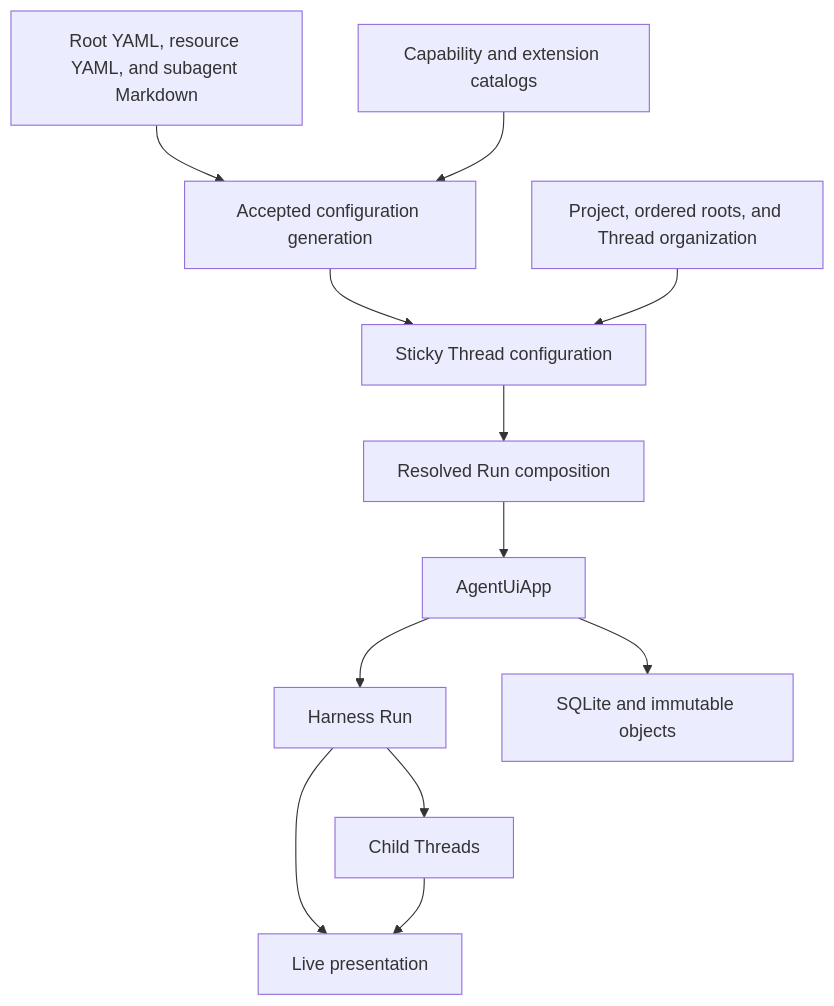
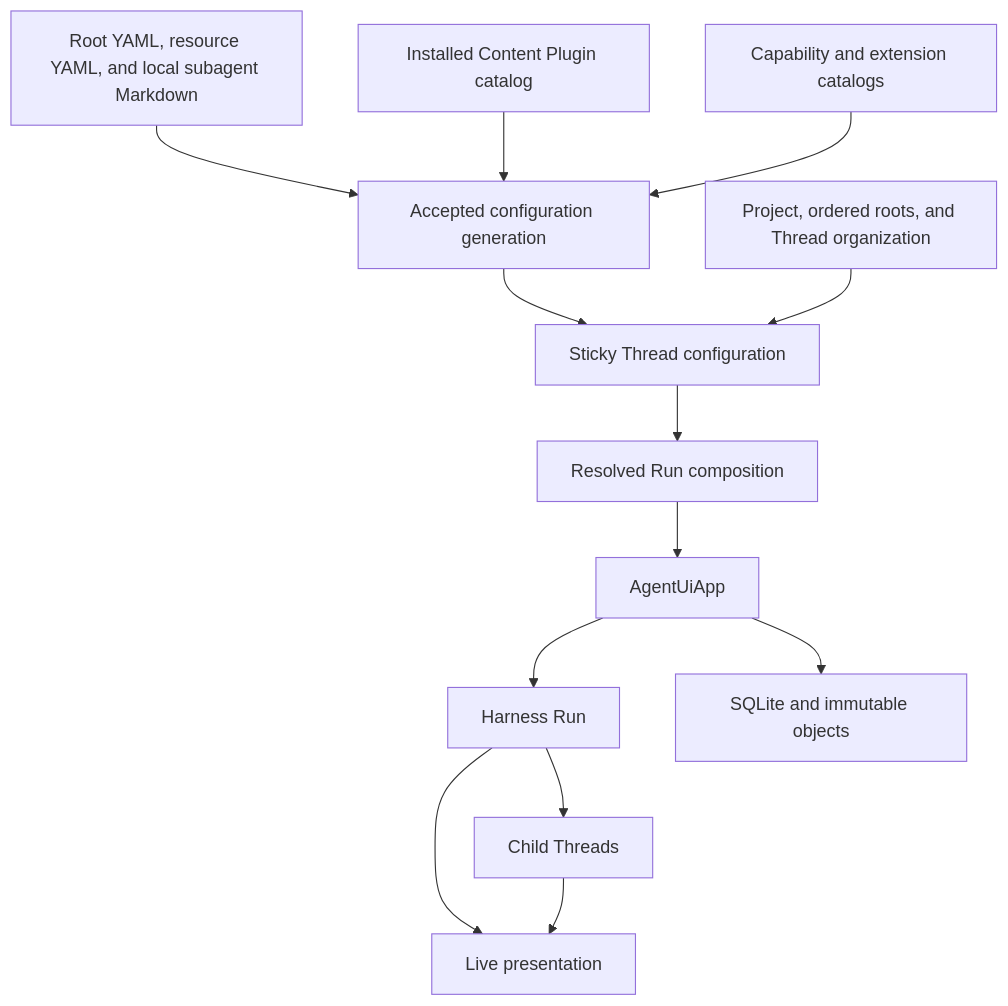
The first of 3 diagrams in spec/agent-ui/00-overview.md (LTThreeComma/agent-foundation), drawn with Mermaid before and after one commit. The commit also changed other lines of this file and 29 other files, not shown here.

````diff
--- a/spec/agent-ui/00-overview.md
+++ b/spec/agent-ui/00-overview.md
@@ -15,23 +15,24 @@
 ```mermaid
 flowchart TB
-    Files[Root YAML, resource YAML, and subagent Markdown]
+    Files[Root YAML, resource YAML, and local subagent Markdown]
+    Content[Installed Content Plugin catalog]
     Catalogs[Capability and extension catalogs]
     Generation[Accepted configuration generation]
     Project[Project, ordered roots, and Thread organization]
     Thread[Sticky Thread configuration]
     Capture[Resolved Run composition]
     App[AgentUiApp]
     Harness[Harness Run]
     Children[Child Threads]
     Store[SQLite and immutable objects]
     Live[Live presentation]
 
-    Files --> Generation
+    Files & Content --> Generation
     Catalogs --> Generation
     Generation --> Thread
     Project --> Thread
     Thread --> Capture --> App --> Harness
     Harness --> Children
     App --> Store
     Harness & Children --> Live
 ```
````
